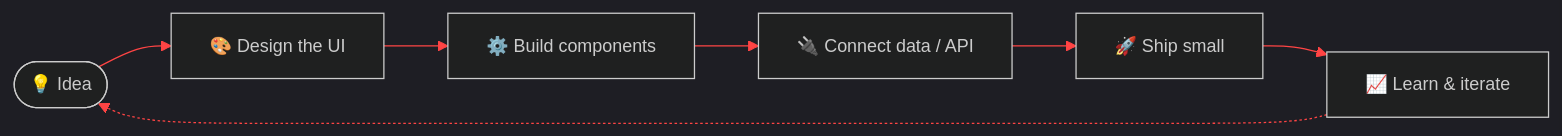
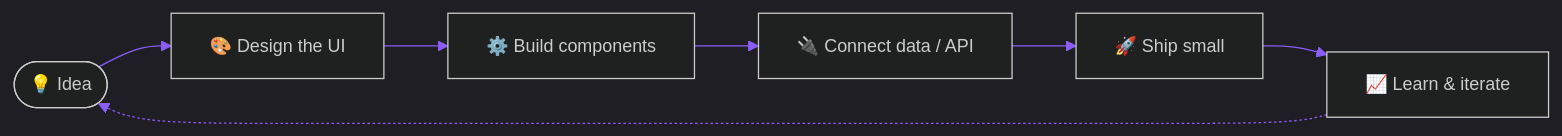
The diagram in README.md (ArifiXion/ArifiXion), drawn with Mermaid before and after one commit. The commit also changed other lines of this file, not shown here.

````diff
--- a/README.md
+++ b/README.md
@@ -57,10 +57,10 @@
 ```mermaid
-%%{init: {'theme':'dark','themeVariables':{'primaryColor':'#2a0a0a','primaryTextColor':'#ffffff','primaryBorderColor':'#ff4444','lineColor':'#ff4444','fontSize':'14px'}}}%%
+%%{init: {'theme':'dark','themeVariables':{'primaryColor':'#1e1038','primaryTextColor':'#ffffff','primaryBorderColor':'#8b5cf6','lineColor':'#8b5cf6','fontSize':'14px'}}}%%
 flowchart LR
     A([💡 Idea]) --> B[🎨 Design the UI]
     B --> C[⚙️ Build components]
     C --> D[🔌 Connect data / API]
     D --> E[🚀 Ship small]
     E --> F[📈 Learn & iterate]
     F -.-> A
 ```
````
